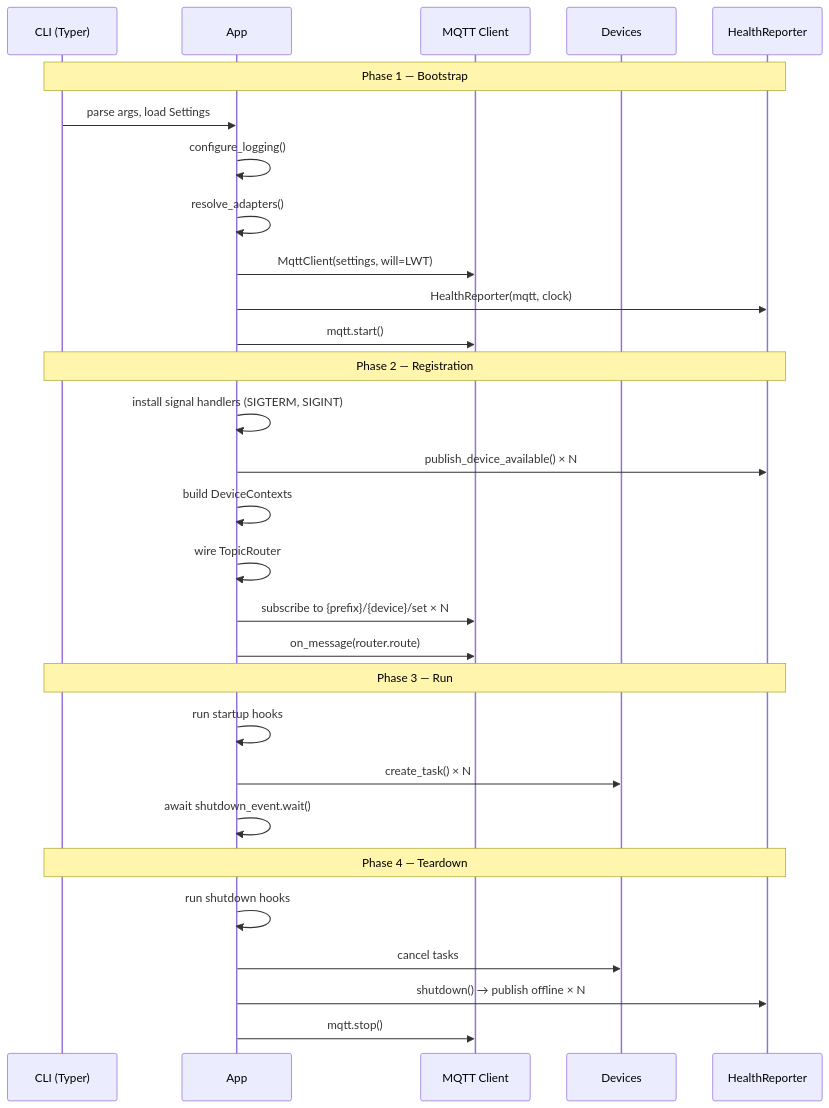
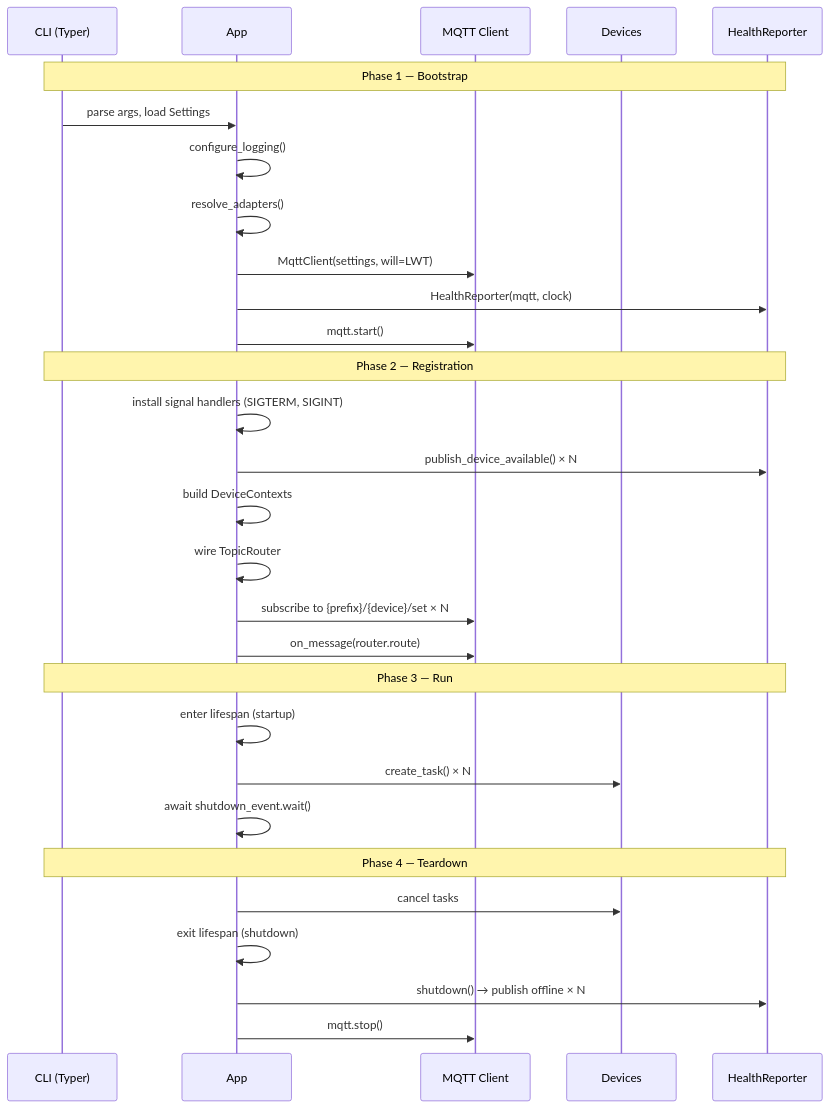
Before and after one commit to ff-fab/cosalette: the diagram in docs/concepts/lifecycle.md, drawn with Mermaid. The commit also changed other lines of this file and 59 other files, not shown here.

First line of the commit message:
feat!: API ergonomics - app.run(), lifespan, injection (#22)

````diff
--- a/docs/concepts/lifecycle.md
+++ b/docs/concepts/lifecycle.md
@@ -13,35 +13,35 @@
 ```mermaid
 sequenceDiagram
     participant CLI as CLI (Typer)
     participant App
     participant MQTT as MQTT Client
     participant Devices
     participant Health as HealthReporter
 
     Note over CLI,Health: Phase 1 — Bootstrap
     CLI->>App: parse args, load Settings
     App->>App: configure_logging()
     App->>App: resolve_adapters()
     App->>MQTT: MqttClient(settings, will=LWT)
     App->>Health: HealthReporter(mqtt, clock)
     App->>MQTT: mqtt.start()
 
     Note over CLI,Health: Phase 2 — Registration
     App->>App: install signal handlers (SIGTERM, SIGINT)
     App->>Health: publish_device_available() × N
     App->>App: build DeviceContexts
     App->>App: wire TopicRouter
     App->>MQTT: subscribe to {prefix}/{device}/set × N
     App->>MQTT: on_message(router.route)
 
     Note over CLI,Health: Phase 3 — Run
-    App->>App: run startup hooks
+    App->>App: enter lifespan (startup)
     App->>Devices: create_task() × N
     App->>App: await shutdown_event.wait()
 
     Note over CLI,Health: Phase 4 — Teardown
-    App->>App: run shutdown hooks
     App->>Devices: cancel tasks
+    App->>App: exit lifespan (shutdown)
     App->>Health: shutdown() → publish offline × N
     App->>MQTT: mqtt.stop()
 ```
````
